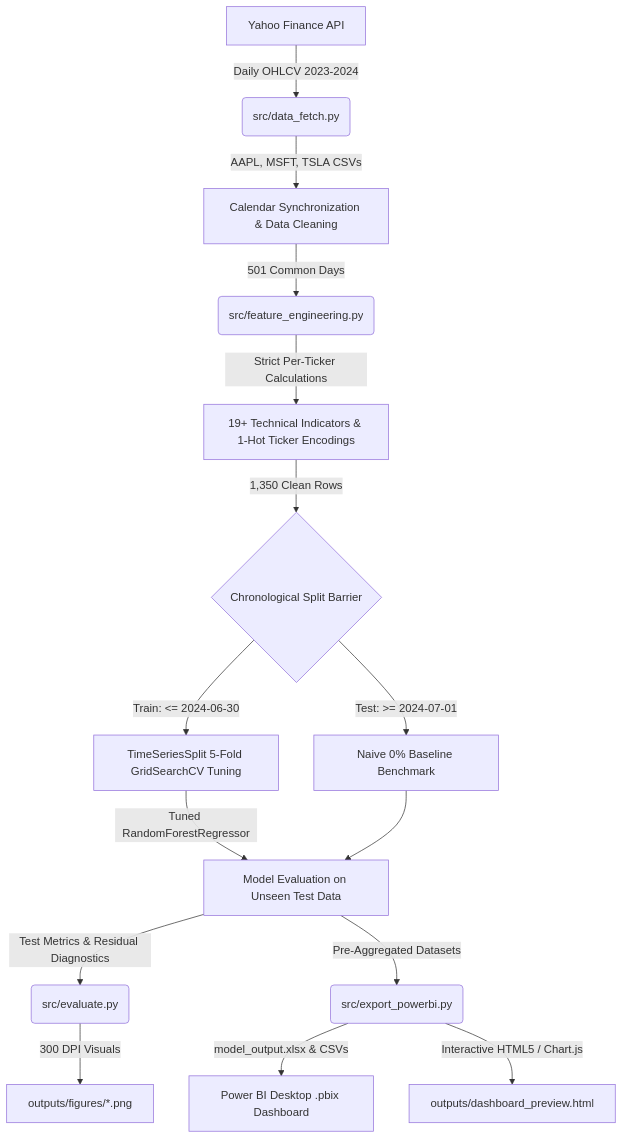
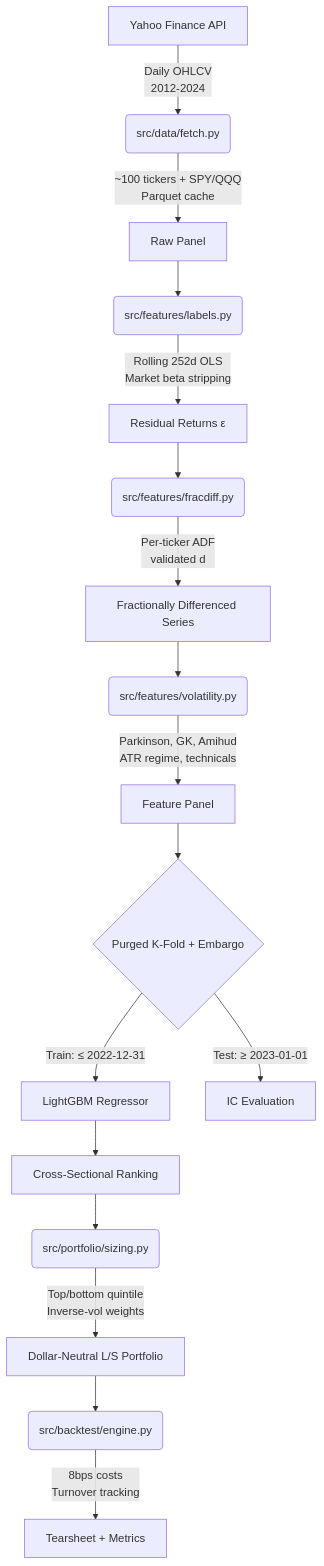
Before and after one commit to Manthan-Sagar/StockAnalysis: the diagram in README.md, drawn with Mermaid. The commit also changed other lines of this file and 39 other files, not shown here.

````diff
--- a/README.md
+++ b/README.md
@@ -38,17 +41,19 @@
 ```mermaid
 flowchart TD
-    A[Yahoo Finance API] -->|Daily OHLCV 2023-2024| B(src/data_fetch.py)
-    B -->|AAPL, MSFT, TSLA CSVs| C[Calendar Synchronization & Data Cleaning]
-    C -->|501 Common Days| D(src/feature_engineering.py)
-    D -->|Strict Per-Ticker Calculations| E[19+ Technical Indicators & 1-Hot Ticker Encodings]
-    E -->|1,350 Clean Rows| F{Chronological Split Barrier}
-    F -->|Train: <= 2024-06-30| G[TimeSeriesSplit 5-Fold GridSearchCV Tuning]
-    F -->|Test: >= 2024-07-01| H[Naive 0% Baseline Benchmark]
-    G -->|Tuned RandomForestRegressor| I[Model Evaluation on Unseen Test Data]
-    H --> I
-    I -->|Test Metrics & Residual Diagnostics| J(src/evaluate.py)
-    I -->|Pre-Aggregated Datasets| K(src/export_powerbi.py)
-    K -->|model_output.xlsx & CSVs| L[Power BI Desktop .pbix Dashboard]
-    K -->|Interactive HTML5 / Chart.js| M[outputs/dashboard_preview.html]
-    J -->|300 DPI Visuals| N[outputs/figures/*.png]
+    A[Yahoo Finance API] -->|Daily OHLCV<br>2012-2024| B(src/data/fetch.py)
+    B -->|~100 tickers + SPY/QQQ<br>Parquet cache| C[Raw Panel]
+    C --> D(src/features/labels.py)
+    D -->|Rolling 252d OLS<br>Market beta stripping| E[Residual Returns ε]
+    E --> F(src/features/fracdiff.py)
+    F -->|Per-ticker ADF<br>validated d| G[Fractionally Differenced Series]
+    G --> H(src/features/volatility.py)
+    H -->|Parkinson, GK, Amihud<br>ATR regime, technicals| I[Feature Panel]
+    I --> J{Purged K-Fold + Embargo}
+    J -->|Train: ≤ 2022-12-31| K[LightGBM Regressor]
+    J -->|Test: ≥ 2023-01-01| L[IC Evaluation]
+    K --> M[Cross-Sectional Ranking]
+    M --> N(src/portfolio/sizing.py)
+    N -->|Top/bottom quintile<br>Inverse-vol weights| O[Dollar-Neutral L/S Portfolio]
+    O --> P(src/backtest/engine.py)
+    P -->|8bps costs<br>Turnover tracking| Q[Tearsheet + Metrics]
 ```
````
